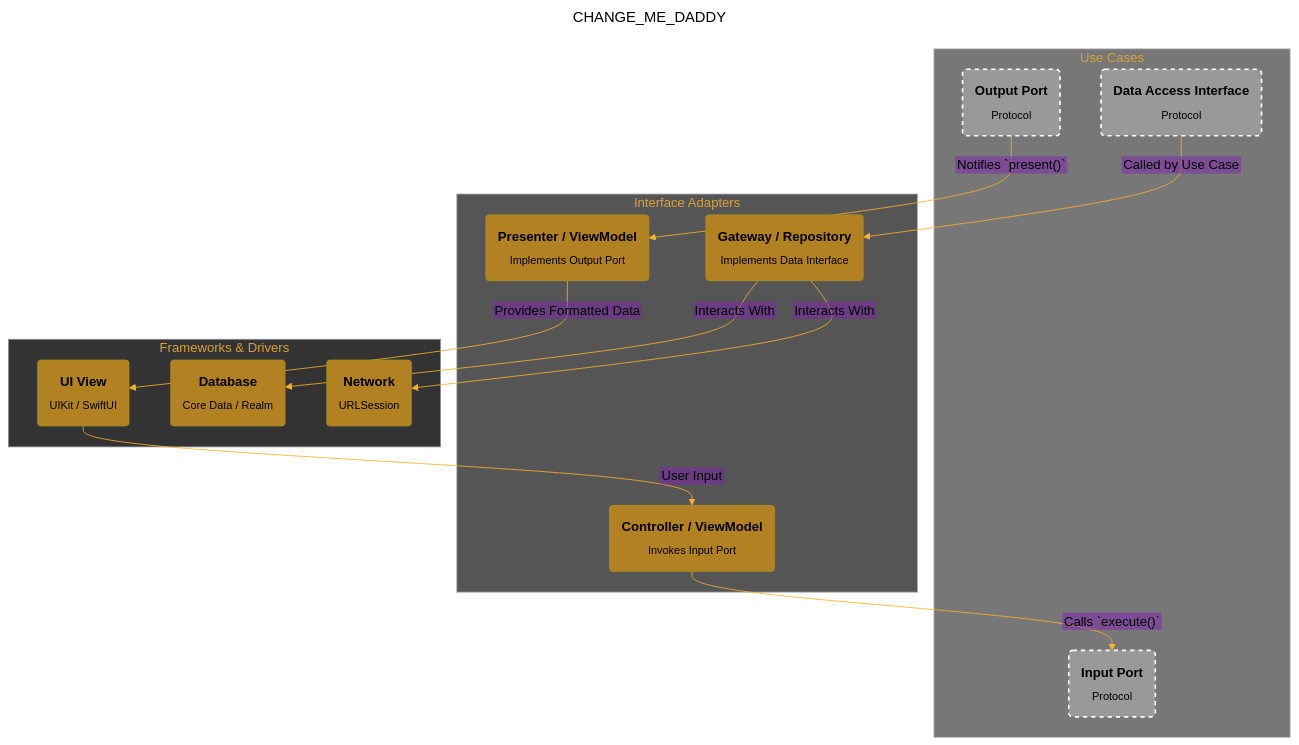
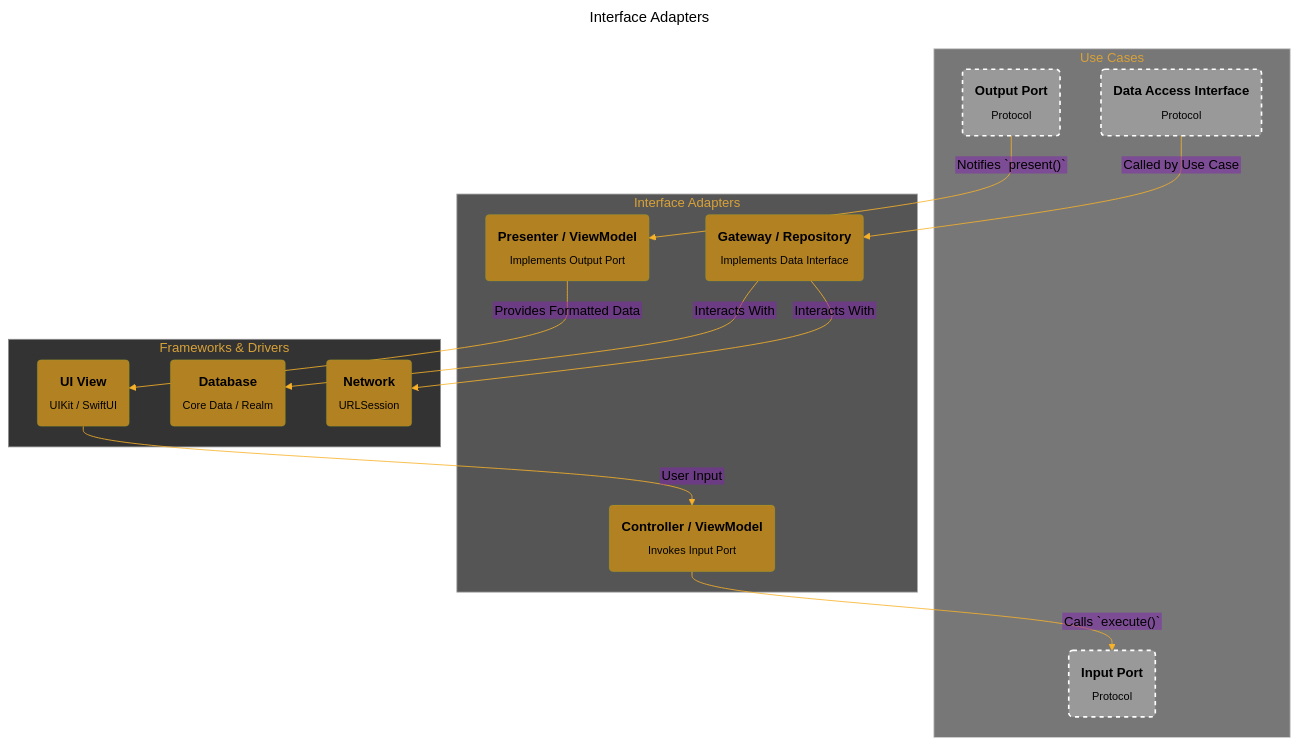
The sixth of 7 diagrams in Design_Patterns/CLEAN_Architecture/The_CLEAN_Architecture_in_iOS_Development.md (CongLeSolutionX/iOS-development-vault), drawn with Mermaid before and after one commit. The commit also changed other lines of this file, not shown here.

````diff
--- a/Design_Patterns/CLEAN_Architecture/The_CLEAN_Architecture_in_iOS_Development.md
+++ b/Design_Patterns/CLEAN_Architecture/The_CLEAN_Architecture_in_iOS_Development.md
@@ -335,60 +353,60 @@
 ```mermaid
 ---
-title: "CHANGE_ME_DADDY"
+title: "Interface Adapters"
 author: "Cong Le"
 version: "1.0"
 license(s): "MIT, CC BY 4.0"
 copyright: "Copyright (c) 2025 Cong Le. All Rights Reserved."
 config:
   theme: base
 ---
 %%%%%%%% Mermaid version v11.4.1-b.14
 %%%%%%%% Available curve styles include the following keywords:
 %% basis, bumpX, bumpY, cardinal, catmullRom, linear, monotoneX, monotoneY, natural, step, stepAfter, stepBefore.
 %%{
   init: {
     'flowchart': { 'htmlLabels': false, 'curve': 'basis' },
     'fontFamily': 'Monospace',
     'themeVariables': {
       'primaryColor': '#B28122',
       'primaryTextColor': '#000',
       'primaryBorderColor': '#7C33',
       'lineColor': '#F8B229',
       'stroke':'#000',
       'stroke-width': '0.5px'
     }
   }
 }%%
 graph TD
     subgraph UseCaseLayer [Use Cases]
         style UseCaseLayer fill:#777,stroke:#ccc
         InputPort(<B>Input Port</B><br/><SUB>Protocol</SUB>)
         OutputPort(<B>Output Port</B><br/><SUB>Protocol</SUB>)
         DataInterface(<B>Data Access Interface</B><br/><SUB>Protocol</SUB>)
     end
 
     subgraph AdapterLayer [Interface Adapters]
         style AdapterLayer fill:#555,stroke:#aaa
         Controller(<b>Controller / ViewModel</b><br/><SUB>Invokes Input Port</SUB>)
         Presenter(<b>Presenter / ViewModel</b><br/><SUB>Implements Output Port</SUB>)
         Gateway(<b>Gateway / Repository</b><br/><SUB>Implements Data Interface</SUB>)
     end
 
     subgraph FrameworkLayer [Frameworks & Drivers]
         style FrameworkLayer fill:#333,stroke:#888
         UI(<b>UI View</b><br/><SUB>UIKit / SwiftUI</SUB>)
         DB(<b>Database</b><br/><SUB>Core Data / Realm</SUB>)
         NW(<b>Network</b><br/><SUB>URLSession</SUB>)
     end
 
     UI -- User Input --> Controller;
     Controller -- Calls `execute()` --> InputPort;
     OutputPort -- Notifies `present()` --> Presenter;
     Presenter -- Provides Formatted Data --> UI;
     DataInterface -- Called by Use Case --> Gateway;
     Gateway -- Interacts With --> DB;
     Gateway -- Interacts With --> NW;
 
     classDef interface fill:#999,stroke:#fff,color:#000,stroke-width:2px,stroke-dasharray: 5 5;
     class InputPort,OutputPort,DataInterface interface;
 ```
````
